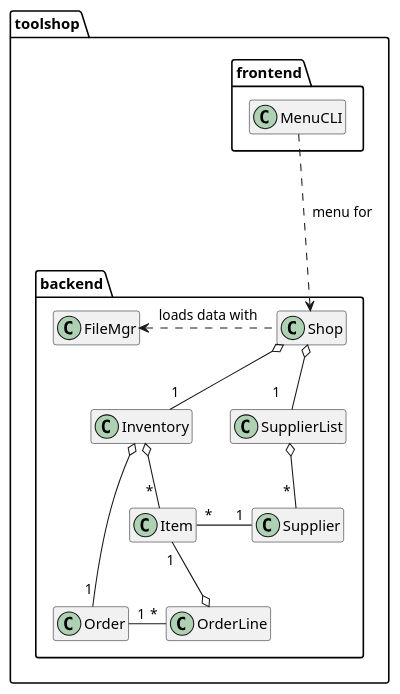
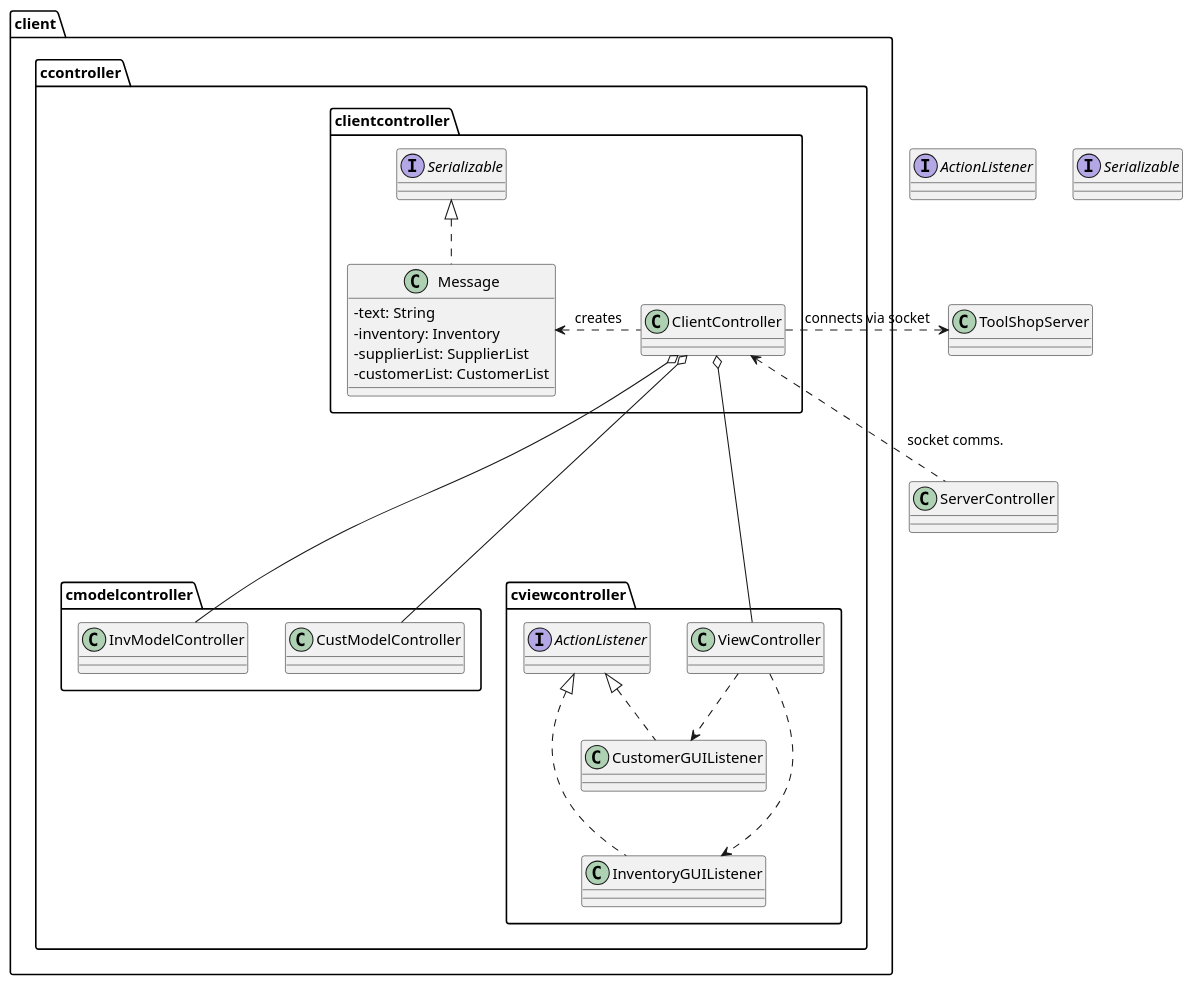
One commit to patrickronn/tool-shop-inventory-management-application changed the first of 2 diagrams in pre-project/client-uml.md. Above: the diagram before and after it, drawn with PlantUML. The commit also changed other lines of this file and 2 other files, not shown here.

Commit message:
Updated client uml and server uml

````diff
--- a/pre-project/client-uml.md
+++ b/pre-project/client-uml.md
@@ -11,34 +10,43 @@
 ```plantuml
 @startuml
 skinparam classAttributeIconSize 0
 
-package toolshop {
-package frontend {
-class MenuCLI
+interface ActionListener
+interface Serializable 
+package client {
+    package ccontroller {
+        package clientcontroller {
+            class ClientController
+            class Message implements Serializable {
+                -text: String
+                -inventory: Inventory
+                -supplierList: SupplierList
+                -customerList: CustomerList 
+            }
+        }
+        package cmodelcontroller {
+            class InvModelController
+            class CustModelController
+        }
+        package cviewcontroller {
+            class ViewController
+            class CustomerGUIListener implements ActionListener
+            class InventoryGUIListener implements ActionListener
+        }
+    }
 }
 
-package backend {
-class FileMgr
-class Shop
-class Inventory
-class SupplierList
-class Item
-class Supplier
-class Order
-class OrderLine
-}
-}
-MenuCLI ...> Shop : "  menu for"
-FileMgr <. Shop : loads data with
-Shop o-- "1" Inventory
-Shop o-- "1   " SupplierList
-Inventory o-- " * " Item
-SupplierList o-- " * " Supplier
-Item "*" - "1" Supplier : "     "
-Inventory o--- "1" Order
+ClientController o--- InvModelController
+ClientController o-- CustModelController
+ClientController o--- ViewController
+ViewController ...> InventoryGUIListener
+ViewController ..> CustomerGUIListener
 
-Order "1" - "*" OrderLine
-Item "1" --o OrderLine
-hide members
+Message <. ClientController : creates
+
+ClientController .> ToolShopServer : connects via socket
+ClientController <.. ServerController : "   socket comms."
+
+
 @enduml
 ```
````
